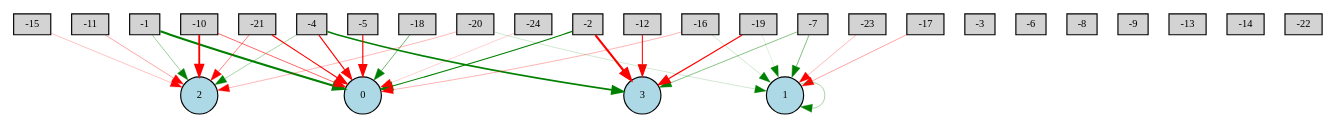
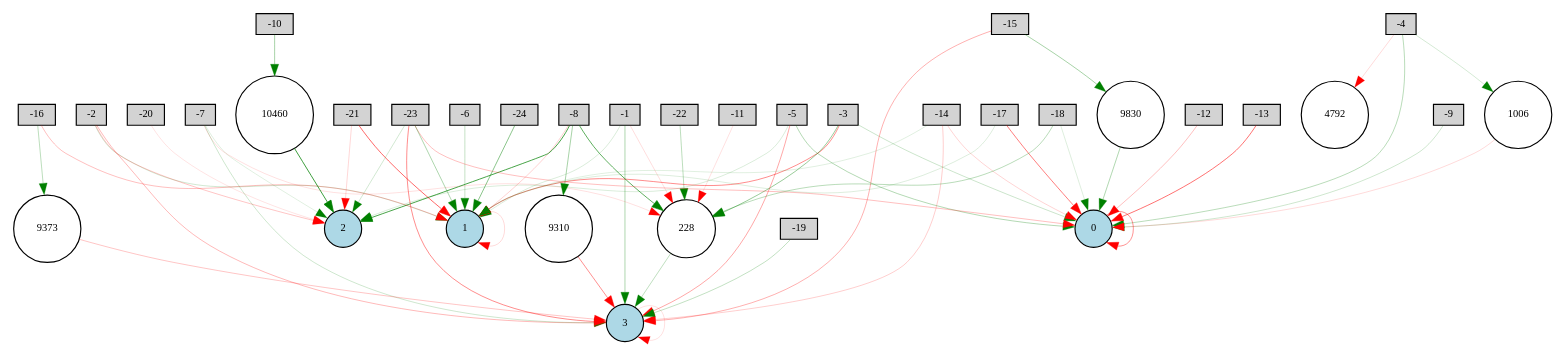
One commit to yoshinobc/EA changed the diagram in experiment/Bipedalwalker/neat/150net-enabled.gv. Above: the diagram before and after it, drawn with Graphviz. The commit also changed 277 other files, not shown here.

```diff
--- a/experiment/Bipedalwalker/neat/150net-enabled.gv
+++ b/experiment/Bipedalwalker/neat/150net-enabled.gv
@@ -1,59 +1,96 @@
 digraph {
 	node [fontsize=9 height=0.2 shape=circle width=0.2]
 	-1 [fillcolor=lightgray shape=box style=filled]
 	-2 [fillcolor=lightgray shape=box style=filled]
 	-3 [fillcolor=lightgray shape=box style=filled]
 	-4 [fillcolor=lightgray shape=box style=filled]
 	-5 [fillcolor=lightgray shape=box style=filled]
 	-6 [fillcolor=lightgray shape=box style=filled]
 	-7 [fillcolor=lightgray shape=box style=filled]
 	-8 [fillcolor=lightgray shape=box style=filled]
 	-9 [fillcolor=lightgray shape=box style=filled]
 	-10 [fillcolor=lightgray shape=box style=filled]
 	-11 [fillcolor=lightgray shape=box style=filled]
 	-12 [fillcolor=lightgray shape=box style=filled]
 	-13 [fillcolor=lightgray shape=box style=filled]
 	-14 [fillcolor=lightgray shape=box style=filled]
 	-15 [fillcolor=lightgray shape=box style=filled]
 	-16 [fillcolor=lightgray shape=box style=filled]
 	-17 [fillcolor=lightgray shape=box style=filled]
 	-18 [fillcolor=lightgray shape=box style=filled]
 	-19 [fillcolor=lightgray shape=box style=filled]
 	-20 [fillcolor=lightgray shape=box style=filled]
 	-21 [fillcolor=lightgray shape=box style=filled]
 	-22 [fillcolor=lightgray shape=box style=filled]
 	-23 [fillcolor=lightgray shape=box style=filled]
 	-24 [fillcolor=lightgray shape=box style=filled]
 	0 [fillcolor=lightblue style=filled]
 	1 [fillcolor=lightblue style=filled]
 	2 [fillcolor=lightblue style=filled]
 	3 [fillcolor=lightblue style=filled]
-	-20 -> 2 [color=red penwidth=0.24562856680336162 style=solid]
-	-10 -> 2 [color=red penwidth=1.60132155614626 style=solid]
-	-2 -> 0 [color=green penwidth=1.0034875211045688 style=solid]
-	-19 -> 3 [color=red penwidth=0.9993027772445539 style=solid]
-	-15 -> 2 [color=red penwidth=0.20922233588867525 style=solid]
-	-4 -> 2 [color=green penwidth=0.2937959264817753 style=solid]
-	-17 -> 1 [color=red penwidth=0.3059913889665561 style=solid]
-	-1 -> 0 [color=green penwidth=1.7619799015319513 style=solid]
-	-4 -> 3 [color=green penwidth=1.3961751259017732 style=solid]
-	-21 -> 0 [color=red penwidth=1.0236365944705204 style=solid]
-	-16 -> 0 [color=red penwidth=0.2559464645028233 style=solid]
-	-7 -> 3 [color=green penwidth=0.4135412306559578 style=solid]
-	1 -> 1 [color=green penwidth=0.29583360774978035 style=solid]
-	-7 -> 1 [color=green penwidth=0.4387849475734389 style=solid]
-	-5 -> 0 [color=red penwidth=0.9864869576027642 style=solid]
-	-19 -> 1 [color=green penwidth=0.10608715593696791 style=solid]
-	-1 -> 2 [color=green penwidth=0.34383140635391074 style=solid]
-	-16 -> 1 [color=green penwidth=0.17080251098454546 style=solid]
-	-4 -> 0 [color=red penwidth=0.9381031315167007 style=solid]
-	-20 -> 1 [color=green penwidth=0.16114222767950964 style=solid]
-	-23 -> 1 [color=red penwidth=0.23766229025328872 style=solid]
-	-12 -> 3 [color=red penwidth=0.8808310490300003 style=solid]
-	-2 -> 3 [color=red penwidth=1.8414009519011338 style=solid]
-	-21 -> 2 [color=red penwidth=0.42810522855919764 style=solid]
-	-24 -> 0 [color=red penwidth=0.1572758452433417 style=solid]
-	-11 -> 2 [color=red penwidth=0.3132448394894788 style=solid]
-	-10 -> 0 [color=red penwidth=0.5168882110060156 style=solid]
-	-18 -> 0 [color=green penwidth=0.48725199217621185 style=solid]
+	228 [fillcolor=white style=filled]
+	9830 [fillcolor=white style=filled]
+	1006 [fillcolor=white style=filled]
+	4792 [fillcolor=white style=filled]
+	10460 [fillcolor=white style=filled]
+	9373 [fillcolor=white style=filled]
+	9310 [fillcolor=white style=filled]
+	-20 -> 2 [color=red penwidth=0.10304909290492882 style=solid]
+	-23 -> 0 [color=red penwidth=0.22309356606591063 style=solid]
+	-19 -> 3 [color=green penwidth=0.2084680287964225 style=solid]
+	-24 -> 1 [color=green penwidth=0.4031086966544659 style=solid]
+	-12 -> 0 [color=red penwidth=0.2159662094750532 style=solid]
+	-21 -> 1 [color=red penwidth=0.5059834286140459 style=solid]
+	-10 -> 10460 [color=green penwidth=0.30000000000000004 style=solid]
+	-8 -> 1 [color=red penwidth=0.16096483517630455 style=solid]
+	-8 -> 9310 [color=green penwidth=0.30000000000000004 style=solid]
+	-1 -> 1 [color=green penwidth=0.1280190071904174 style=solid]
+	3 -> 3 [color=red penwidth=0.11329629014526169 style=solid]
+	-17 -> 0 [color=red penwidth=0.4443897215279229 style=solid]
+	-23 -> 3 [color=red penwidth=0.3896651981412257 style=solid]
+	9830 -> 0 [color=green penwidth=0.2721900480127993 style=solid]
+	-23 -> 2 [color=green penwidth=0.15939670893852081 style=solid]
+	-15 -> 3 [color=red penwidth=0.2736039874100452 style=solid]
+	-8 -> 2 [color=green penwidth=0.6161092083581813 style=solid]
+	9373 -> 3 [color=red penwidth=0.19663887184393752 style=solid]
+	-7 -> 3 [color=green penwidth=0.16766585139502793 style=solid]
+	1 -> 1 [color=red penwidth=0.13316568834062295 style=solid]
+	1006 -> 0 [color=red penwidth=0.12700564536533154 style=solid]
+	-5 -> 0 [color=green penwidth=0.26036140678620223 style=solid]
+	0 -> 0 [color=red penwidth=0.36566857707049105 style=solid]
+	-14 -> 3 [color=red penwidth=0.16834578342125472 style=solid]
+	-22 -> 228 [color=green penwidth=0.22980781574516815 style=solid]
+	9310 -> 3 [color=red penwidth=0.3819459944168663 style=solid]
+	-18 -> 228 [color=green penwidth=0.24394085470619814 style=solid]
+	-2 -> 2 [color=red penwidth=0.19716025003703436 style=solid]
+	-2 -> 1 [color=green penwidth=0.1602386281739876 style=solid]
+	-8 -> 228 [color=green penwidth=0.5399664585106867 style=solid]
+	-16 -> 1 [color=red penwidth=0.22191229728806572 style=solid]
+	-3 -> 1 [color=red penwidth=0.3889377374148054 style=solid]
+	-11 -> 228 [color=red penwidth=0.11391800799909857 style=solid]
+	-9 -> 0 [color=green penwidth=0.1713076397810931 style=solid]
+	228 -> 3 [color=green penwidth=0.21866455722612535 style=solid]
+	-4 -> 0 [color=green penwidth=0.24443439109624437 style=solid]
+	-7 -> 2 [color=green penwidth=0.1119306390091128 style=solid]
+	-1 -> 228 [color=red penwidth=0.11686155372423823 style=solid]
+	-3 -> 228 [color=green penwidth=0.34702728906091973 style=solid]
+	10460 -> 2 [color=green penwidth=0.6497349468632901 style=solid]
+	-5 -> 3 [color=red penwidth=0.300044361028846 style=solid]
+	-4 -> 4792 [color=red penwidth=0.13401489137553674 style=solid]
+	-14 -> 0 [color=red penwidth=0.145359741332825 style=solid]
+	-6 -> 1 [color=green penwidth=0.20307683534085835 style=solid]
+	-15 -> 9830 [color=green penwidth=0.30000000000000004 style=solid]
+	-23 -> 1 [color=green penwidth=0.27799539887076746 style=solid]
+	-7 -> 228 [color=red penwidth=0.10715996622691952 style=solid]
+	-2 -> 3 [color=red penwidth=0.24319970955606274 style=solid]
+	-21 -> 2 [color=red penwidth=0.14006435791605837 style=solid]
+	-3 -> 0 [color=green penwidth=0.1778293917290772 style=solid]
+	-17 -> 1 [color=green penwidth=0.11823452001627727 style=solid]
+	-1 -> 3 [color=green penwidth=0.2824671332020907 style=solid]
+	-16 -> 9373 [color=green penwidth=0.22896284204952455 style=solid]
+	-18 -> 0 [color=green penwidth=0.12461788079075492 style=solid]
+	-13 -> 0 [color=red penwidth=0.48356576185805755 style=solid]
+	-5 -> 2 [color=green penwidth=0.12578117076221154 style=solid]
+	-14 -> 1 [color=green penwidth=0.11352097949120102 style=solid]
+	-4 -> 1006 [color=green penwidth=0.1521093519007319 style=solid]
 }
```
